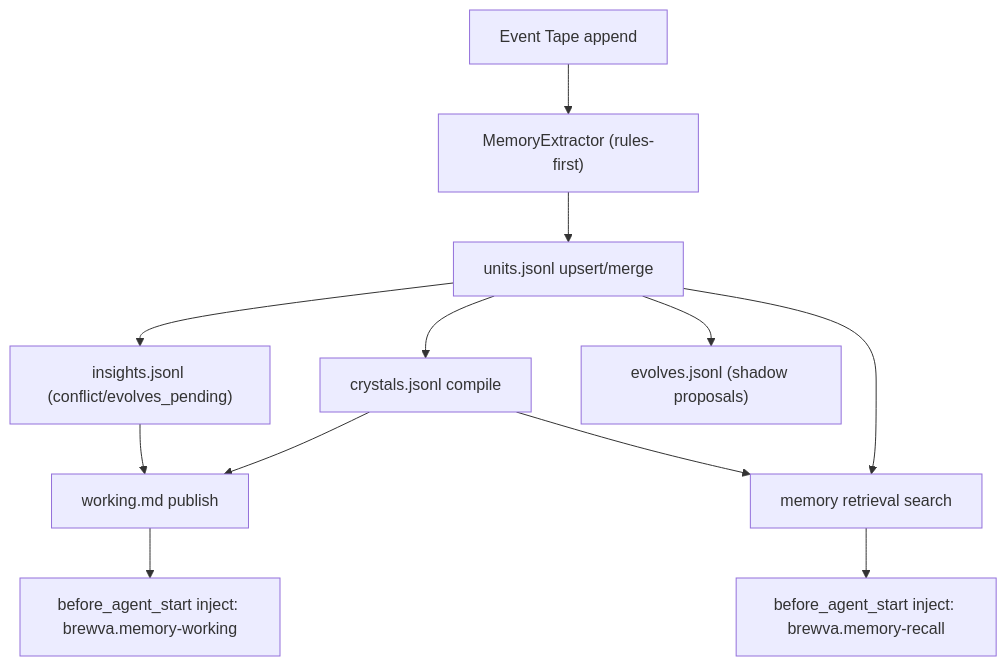
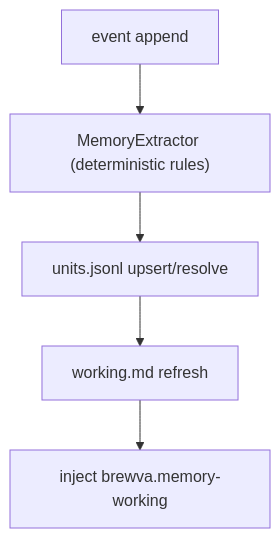
Before and after one commit to arcthur/brewva: the fourth of 6 diagrams in docs/architecture/control-and-data-flow.md, drawn with Mermaid. The commit also changed other lines of this file and 174 other files, not shown here.

````diff
--- a/docs/architecture/control-and-data-flow.md
+++ b/docs/architecture/control-and-data-flow.md
@@ -85,14 +52,7 @@
 ```mermaid
 flowchart TD
-  EVT["Event Tape append"] --> EX["MemoryExtractor (rules-first)"]
-  EX --> U["units.jsonl upsert/merge"]
-  U --> C["crystals.jsonl compile"]
-  U --> I["insights.jsonl (conflict/evolves_pending)"]
-  U --> E["evolves.jsonl (shadow proposals)"]
-  C --> W["working.md publish"]
-  I --> W
-  W --> INJ["before_agent_start inject: brewva.memory-working"]
-  U --> R["memory retrieval search"]
-  C --> R
-  R --> INJ2["before_agent_start inject: brewva.memory-recall"]
+  EVT["event append"] --> EX["MemoryExtractor (deterministic rules)"]
+  EX --> U["units.jsonl upsert/resolve"]
+  U --> W["working.md refresh"]
+  W --> INJ["inject brewva.memory-working"]
 ```
````
